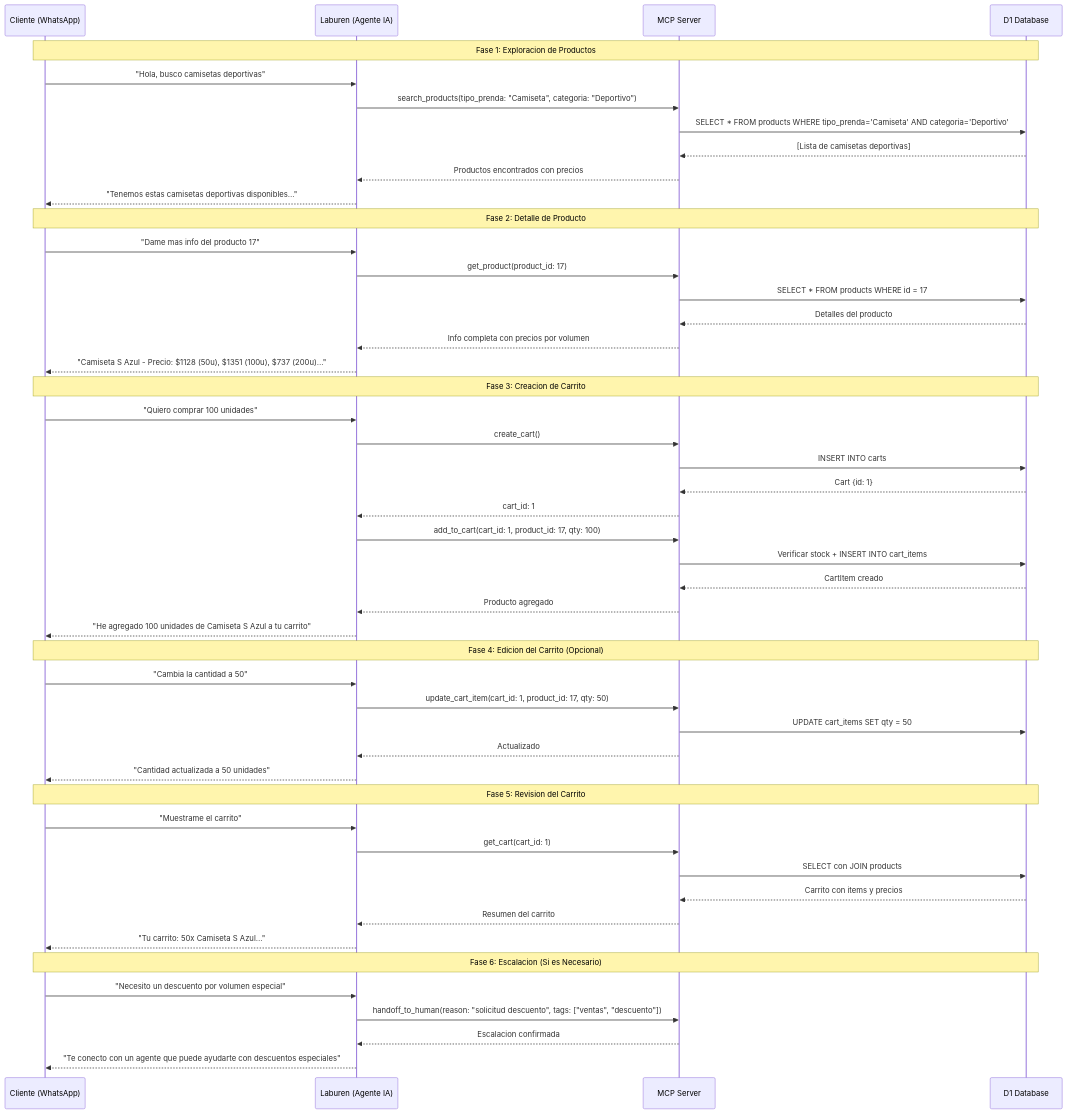
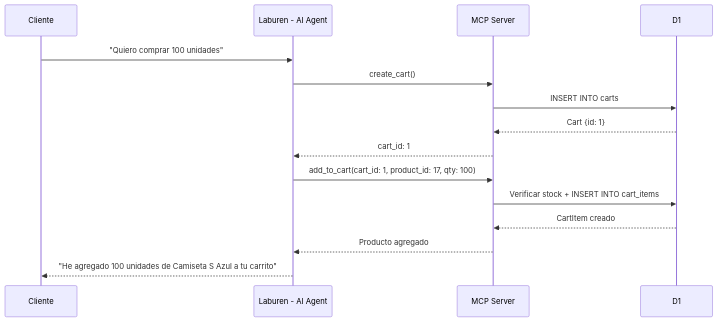
One commit to antonellaq25/laburen-mcp changed the fourth of 8 diagrams in docs/interaction-flow.md. Above: the diagram before and after it, drawn with Mermaid. The commit also changed other lines of this file and 10 other files, not shown here.

````diff
--- a/docs/interaction-flow.md
+++ b/docs/interaction-flow.md
@@ -5,57 +69,18 @@
 ```mermaid
 sequenceDiagram
-    participant C as Cliente (WhatsApp)
-    participant L as Laburen (Agente IA)
+    participant C as Cliente
+    participant L as Laburen - AI Agent
     participant M as MCP Server
-    participant D as D1 Database
+    participant D as D1
 
-    Note over C,D: Fase 1: Exploracion de Productos
-    C->>L: "Hola, busco camisetas deportivas"
-    L->>M: search_products(tipo_prenda: "Camiseta", categoria: "Deportivo")
-    M->>D: SELECT * FROM products WHERE tipo_prenda='Camiseta' AND categoria='Deportivo'
-    D-->>M: [Lista de camisetas deportivas]
-    M-->>L: Productos encontrados con precios
-    L-->>C: "Tenemos estas camisetas deportivas disponibles..."
-
-    Note over C,D: Fase 2: Detalle de Producto
-    C->>L: "Dame mas info del producto 17"
-    L->>M: get_product(product_id: 17)
-    M->>D: SELECT * FROM products WHERE id = 17
-    D-->>M: Detalles del producto
-    M-->>L: Info completa con precios por volumen
-    L-->>C: "Camiseta S Azul - Precio: $1128 (50u), $1351 (100u), $737 (200u)..."
-
-    Note over C,D: Fase 3: Creacion de Carrito
     C->>L: "Quiero comprar 100 unidades"
     L->>M: create_cart()
     M->>D: INSERT INTO carts
     D-->>M: Cart {id: 1}
     M-->>L: cart_id: 1
-
     L->>M: add_to_cart(cart_id: 1, product_id: 17, qty: 100)
     M->>D: Verificar stock + INSERT INTO cart_items
     D-->>M: CartItem creado
     M-->>L: Producto agregado
     L-->>C: "He agregado 100 unidades de Camiseta S Azul a tu carrito"
-
-    Note over C,D: Fase 4: Edicion del Carrito (Opcional)
-    C->>L: "Cambia la cantidad a 50"
-    L->>M: update_cart_item(cart_id: 1, product_id: 17, qty: 50)
-    M->>D: UPDATE cart_items SET qty = 50
-    M-->>L: Actualizado
-    L-->>C: "Cantidad actualizada a 50 unidades"
-
-    Note over C,D: Fase 5: Revision del Carrito
-    C->>L: "Muestrame el carrito"
-    L->>M: get_cart(cart_id: 1)
-    M->>D: SELECT con JOIN products
-    D-->>M: Carrito con items y precios
-    M-->>L: Resumen del carrito
-    L-->>C: "Tu carrito: 50x Camiseta S Azul..."
-
-    Note over C,D: Fase 6: Escalacion (Si es Necesario)
-    C->>L: "Necesito un descuento por volumen especial"
-    L->>M: handoff_to_human(reason: "solicitud descuento", tags: ["ventas", "descuento"])
-    M-->>L: Escalacion confirmada
-    L-->>C: "Te conecto con un agente que puede ayudarte con descuentos especiales"
 ```
````
